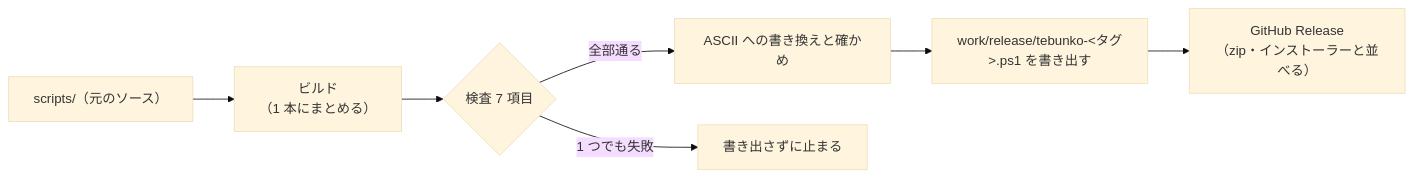
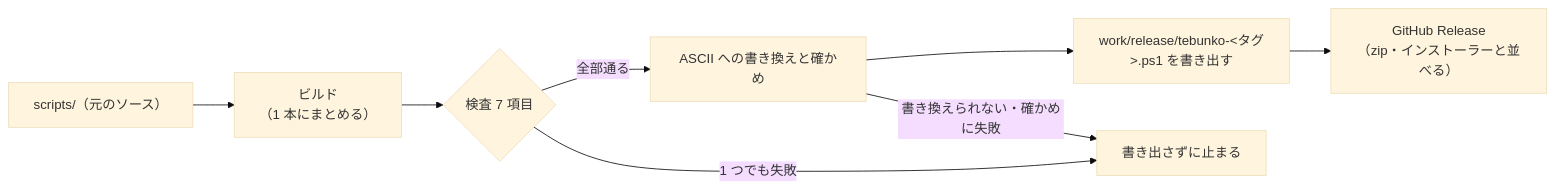
One commit to hsgwa/tebunko changed the diagram in docs/design/structure/single-script.md. Above: the diagram before and after it, drawn with Mermaid (base theme). The commit also changed other lines of this file, not shown here.

````diff
--- a/docs/design/structure/single-script.md
+++ b/docs/design/structure/single-script.md
@@ -17,9 +17,10 @@
 ```mermaid
 flowchart LR
     S["scripts/（元のソース）"] --> B["ビルド<br>（1 本にまとめる）"]
     B --> C{"検査 7 項目"}
     C -->|全部通る| A["ASCII への書き換えと確かめ"]
     A --> W["work/release/tebunko-#lt;タグ#gt;.ps1 を書き出す"]
     C -->|1 つでも失敗| X["書き出さずに止まる"]
+    A -->|書き換えられない・確かめに失敗| X
     W --> R["GitHub Release<br>（zip・インストーラーと並べる）"]
 ```
````
